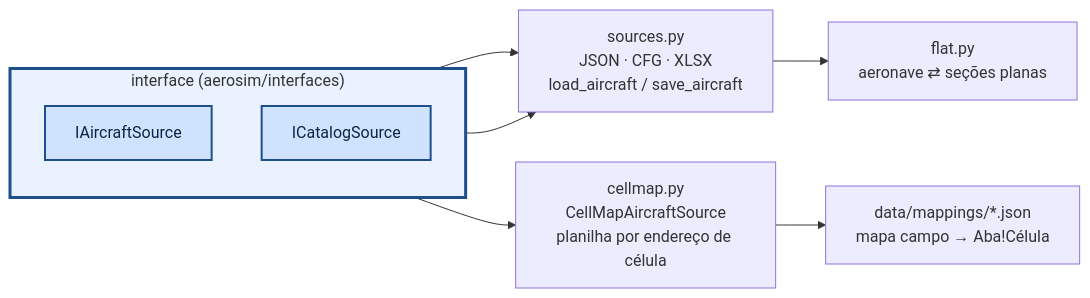
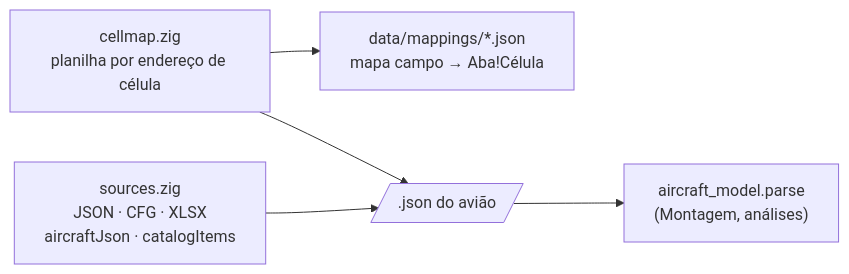
The first of 2 diagrams in aerosim/data/README.md (vitordallolivo/AircraftSimulation), drawn with Mermaid before and after one commit. The commit also changed other lines of this file and 38 other files, not shown here.

````diff
--- a/aerosim/data/README.md
+++ b/aerosim/data/README.md
@@ -17,19 +17,11 @@
 ```mermaid
 flowchart LR
-    subgraph API["interface (aerosim/interfaces)"]
-        direction TB
-        IA["IAircraftSource"]
-        IC["ICatalogSource"]
-    end
-    SRC["sources.py<br/>JSON · CFG · XLSX<br/>load_aircraft / save_aircraft"]
-    CM["cellmap.py<br/>CellMapAircraftSource<br/>planilha por endereço de célula"]
-    FLAT["flat.py<br/>aeronave ⇄ seções planas"]
+    SRC["sources.zig<br/>JSON · CFG · XLSX<br/>aircraftJson · catalogItems"]
+    CM["cellmap.zig<br/>planilha por endereço de célula"]
     MAP["data/mappings/*.json<br/>mapa campo → Aba!Célula"]
-    IA --> SRC & CM
-    IC --> SRC
-    SRC --> FLAT
+    J[/".json do avião"/]
+    SRC --> J
     CM --> MAP
-    classDef iface fill:#cfe3ff,stroke:#1f4e8c,stroke-width:2px,color:#0b2545
-    class IA,IC iface
-    style API fill:#eaf2ff,stroke:#1f4e8c,stroke-width:3px
+    CM --> J
+    J --> AM["aircraft_model.parse<br/>(Montagem, análises)"]
 ```
````
